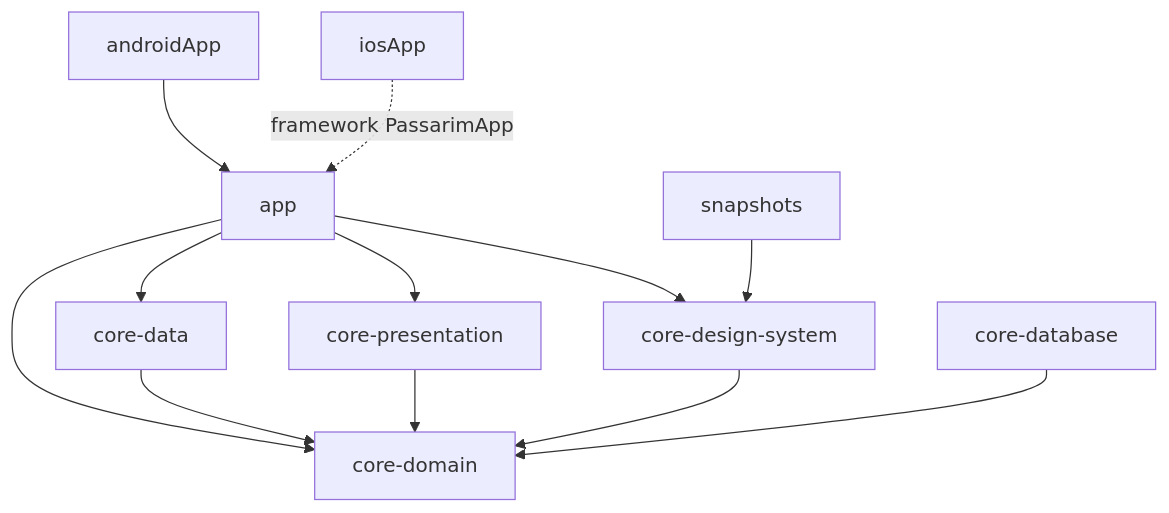
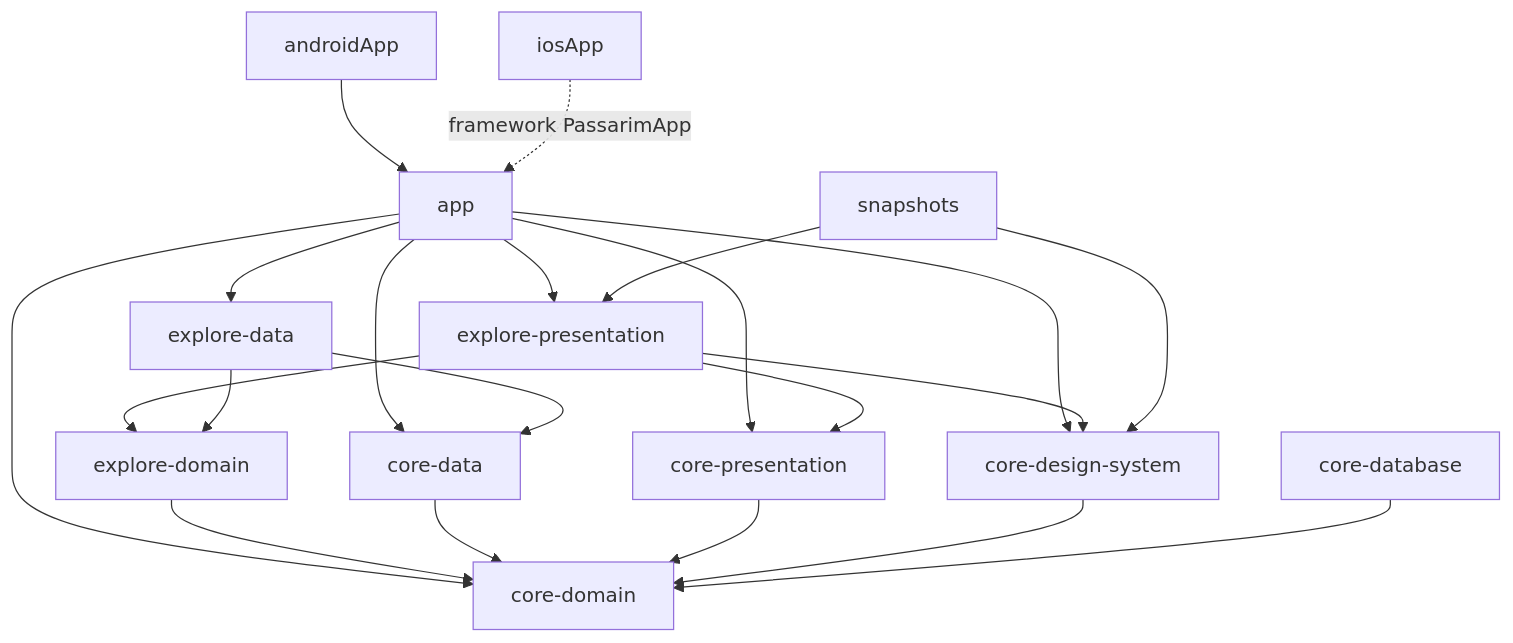
The diagram in README.md (velosobr/passarim-app), drawn with Mermaid before and after one commit. The commit also changed other lines of this file, not shown here.

````diff
--- a/README.md
+++ b/README.md
@@ -22,14 +22,23 @@
 ```mermaid
 graph TD
     androidApp --> app
     iosApp -. framework PassarimApp .-> app
     app --> core-domain
     app --> core-data
     app --> core-presentation
     app --> core-design-system
+    app --> explore-data
+    app --> explore-presentation
+    explore-presentation --> explore-domain
+    explore-presentation --> core-presentation
+    explore-presentation --> core-design-system
+    explore-data --> explore-domain
+    explore-data --> core-data
+    explore-domain --> core-domain
     core-data --> core-domain
     core-presentation --> core-domain
     core-design-system --> core-domain
     core-database --> core-domain
     snapshots --> core-design-system
+    snapshots --> explore-presentation
 ```
````
